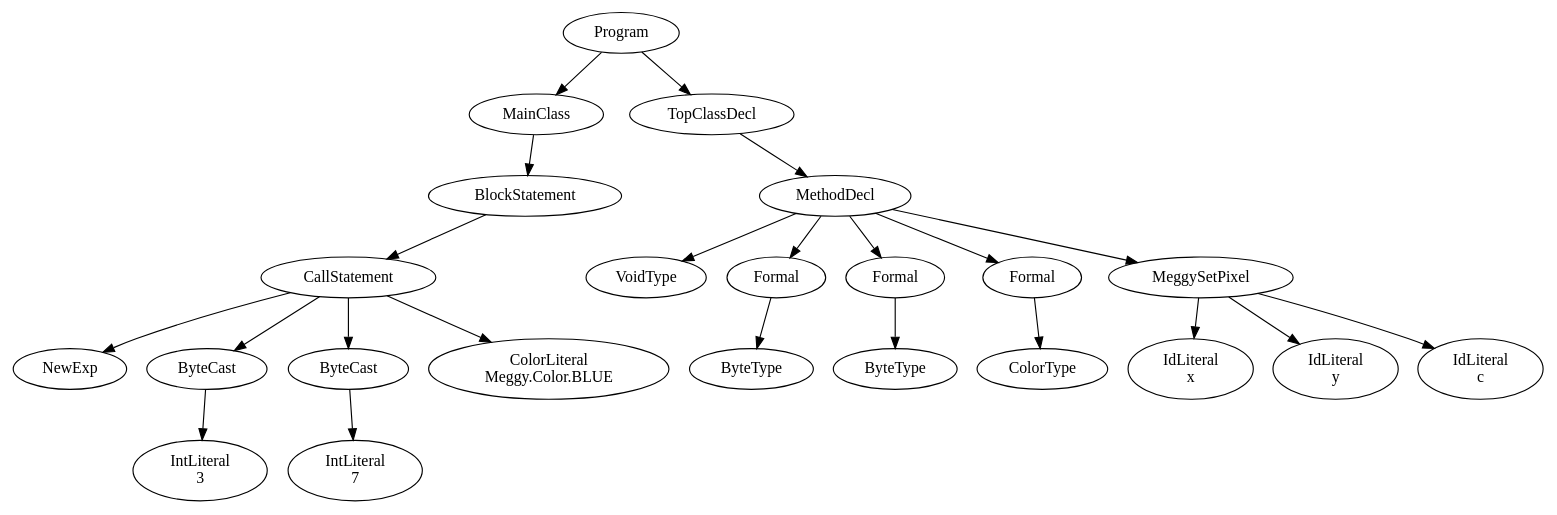
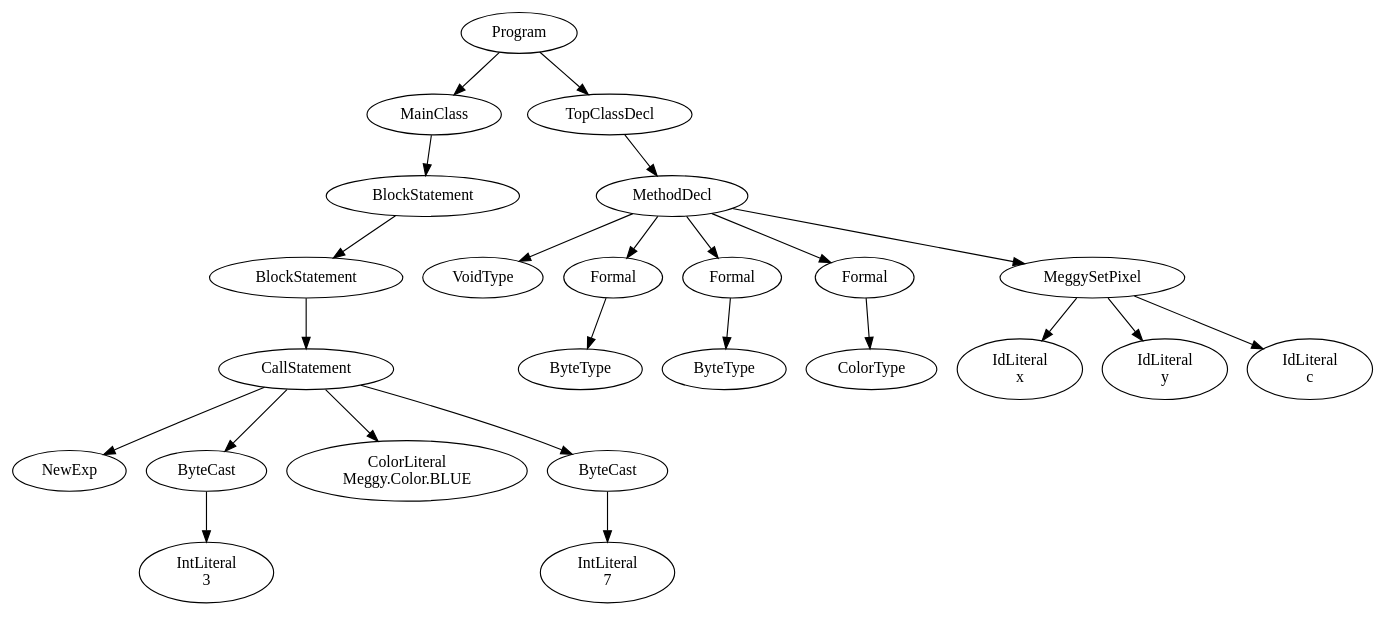
Before and after one commit to MissMeriel/CS4620-Compilers: the diagram in PA4/PA4Tests/PA4noDef.java.ast.dot, drawn with Graphviz. The commit also changed 23 other files, not shown here.

```diff
--- a/PA4/PA4Tests/PA4noDef.java.ast.dot
+++ b/PA4/PA4Tests/PA4noDef.java.ast.dot
@@ -1,47 +1,49 @@
 digraph ASTGraph {
 0 [ label="Program" ];
 1 [ label="MainClass" ];
 0 -> 1
 2 [ label="BlockStatement" ];
 1 -> 2
-3 [ label="CallStatement" ];
+3 [ label="BlockStatement" ];
 2 -> 3
-4 [ label="NewExp" ];
+4 [ label="CallStatement" ];
 3 -> 4
-5 [ label="ByteCast" ];
-3 -> 5
-6 [ label="IntLiteral\n3" ];
-5 -> 6
-7 [ label="ByteCast" ];
-3 -> 7
-8 [ label="IntLiteral\n7" ];
-7 -> 8
-9 [ label="ColorLiteral\nMeggy.Color.BLUE" ];
-3 -> 9
-10 [ label="TopClassDecl" ];
-0 -> 10
-11 [ label="MethodDecl" ];
-10 -> 11
-12 [ label="VoidType" ];
+5 [ label="NewExp" ];
+4 -> 5
+6 [ label="ByteCast" ];
+4 -> 6
+7 [ label="IntLiteral\n3" ];
+6 -> 7
+8 [ label="ColorLiteral\nMeggy.Color.BLUE" ];
+4 -> 8
+9 [ label="ByteCast" ];
+4 -> 9
+10 [ label="IntLiteral\n7" ];
+9 -> 10
+11 [ label="TopClassDecl" ];
+0 -> 11
+12 [ label="MethodDecl" ];
 11 -> 12
-13 [ label="Formal" ];
-11 -> 13
-14 [ label="ByteType" ];
-13 -> 14
-15 [ label="Formal" ];
-11 -> 15
-16 [ label="ByteType" ];
-15 -> 16
-17 [ label="Formal" ];
-11 -> 17
-18 [ label="ColorType" ];
-17 -> 18
-19 [ label="MeggySetPixel" ];
-11 -> 19
-20 [ label="IdLiteral\nx" ];
-19 -> 20
-21 [ label="IdLiteral\ny" ];
-19 -> 21
-22 [ label="IdLiteral\nc" ];
-19 -> 22
+13 [ label="VoidType" ];
+12 -> 13
+14 [ label="Formal" ];
+12 -> 14
+15 [ label="ByteType" ];
+14 -> 15
+16 [ label="Formal" ];
+12 -> 16
+17 [ label="ByteType" ];
+16 -> 17
+18 [ label="Formal" ];
+12 -> 18
+19 [ label="ColorType" ];
+18 -> 19
+20 [ label="MeggySetPixel" ];
+12 -> 20
+21 [ label="IdLiteral\nx" ];
+20 -> 21
+22 [ label="IdLiteral\ny" ];
+20 -> 22
+23 [ label="IdLiteral\nc" ];
+20 -> 23
 }
```
